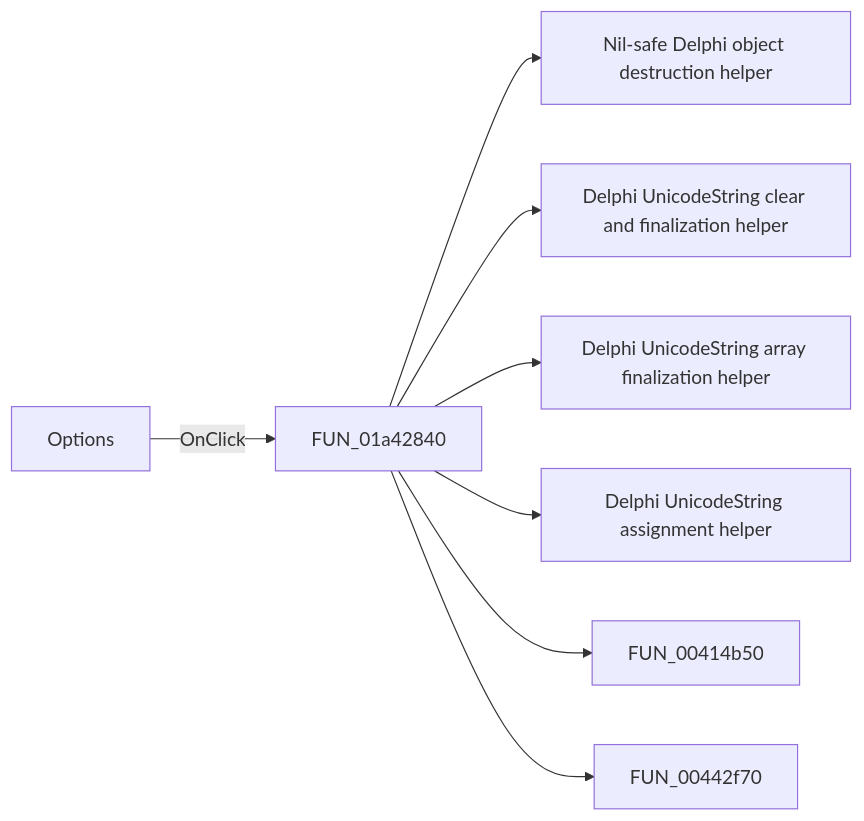
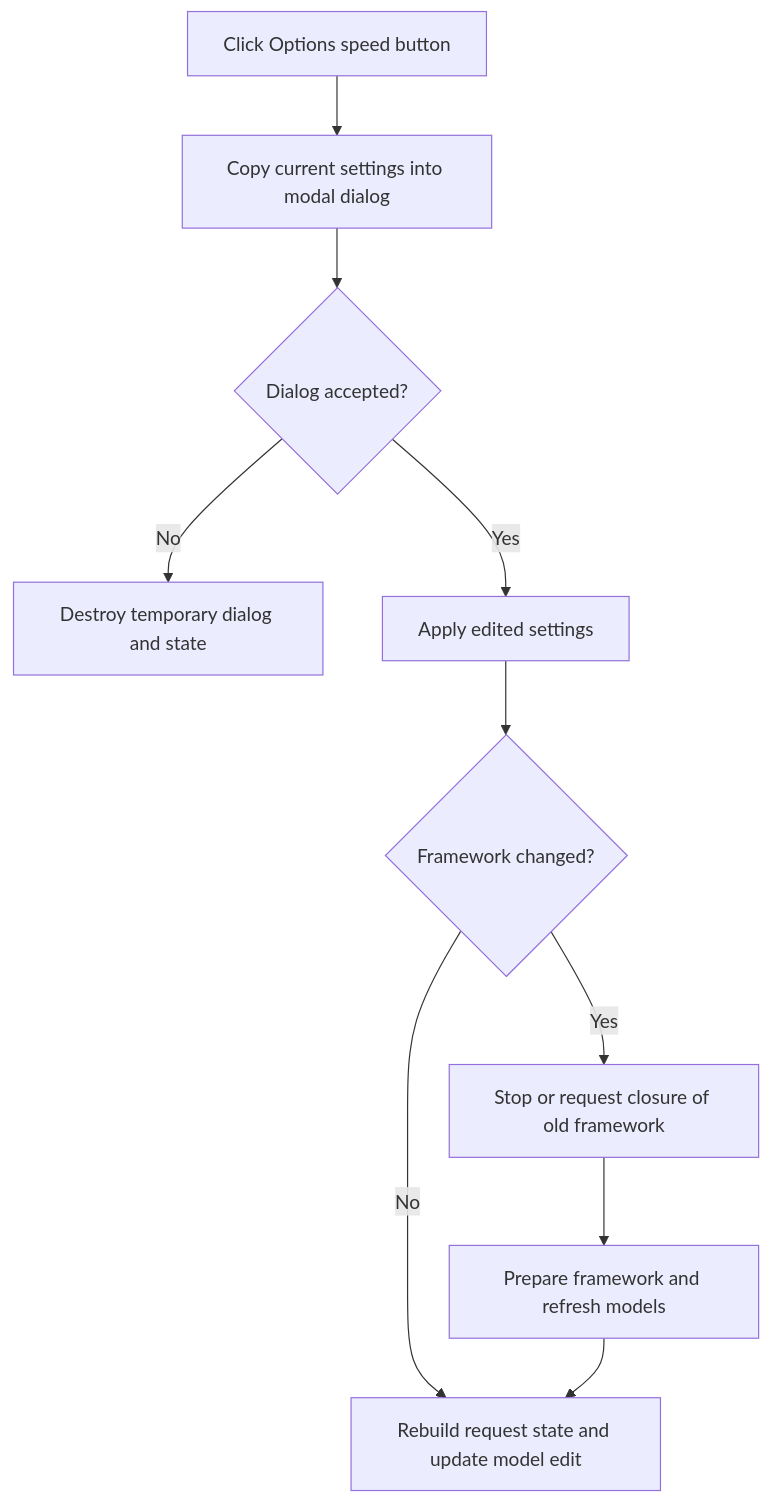
The diagram in docs/ui-controls/localllmform/sboptions-80d8041494.md (MovGP0/TIARA), drawn with Mermaid before and after one commit. The commit also changed other lines of this file and 1062 other files, not shown here.

````diff
--- a/docs/ui-controls/localllmform/sboptions-80d8041494.md
+++ b/docs/ui-controls/localllmform/sboptions-80d8041494.md
@@ -27,10 +31,12 @@
 ```mermaid
-flowchart LR
-    control["Options"] -->|OnClick| handler["FUN_01a42840"]
-    handler --> call1["Nil-safe Delphi object destruction helper"]
-    handler --> call2["Delphi UnicodeString clear and finalization helper"]
-    handler --> call3["Delphi UnicodeString array finalization helper"]
-    handler --> call4["Delphi UnicodeString assignment helper"]
-    handler --> call5["FUN_00414b50"]
-    handler --> call6["FUN_00442f70"]
+flowchart TD
+    control["Click Options speed button"] --> populate["Copy current settings into modal dialog"]
+    populate --> accepted{"Dialog accepted?"}
+    accepted -->|No| cancel["Destroy temporary dialog and state"]
+    accepted -->|Yes| apply["Apply edited settings"]
+    apply --> changed{"Framework changed?"}
+    changed -->|No| finish["Rebuild request state and update model edit"]
+    changed -->|Yes| stop["Stop or request closure of old framework"]
+    stop --> prepare["Prepare framework and refresh models"]
+    prepare --> finish
 ```
````
